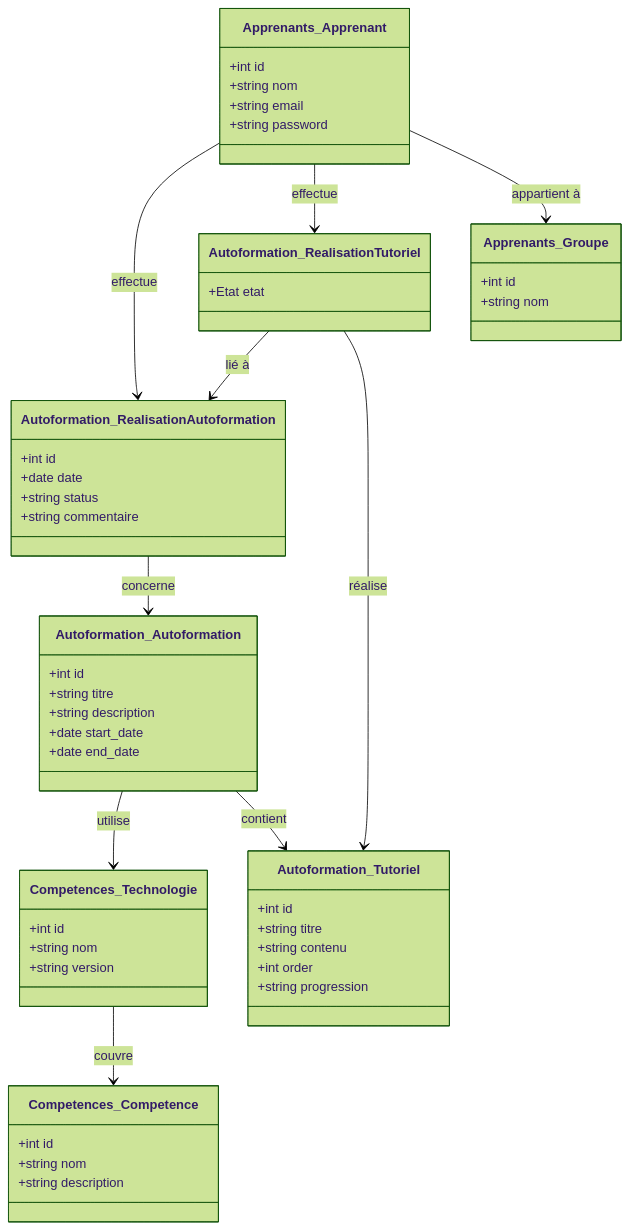
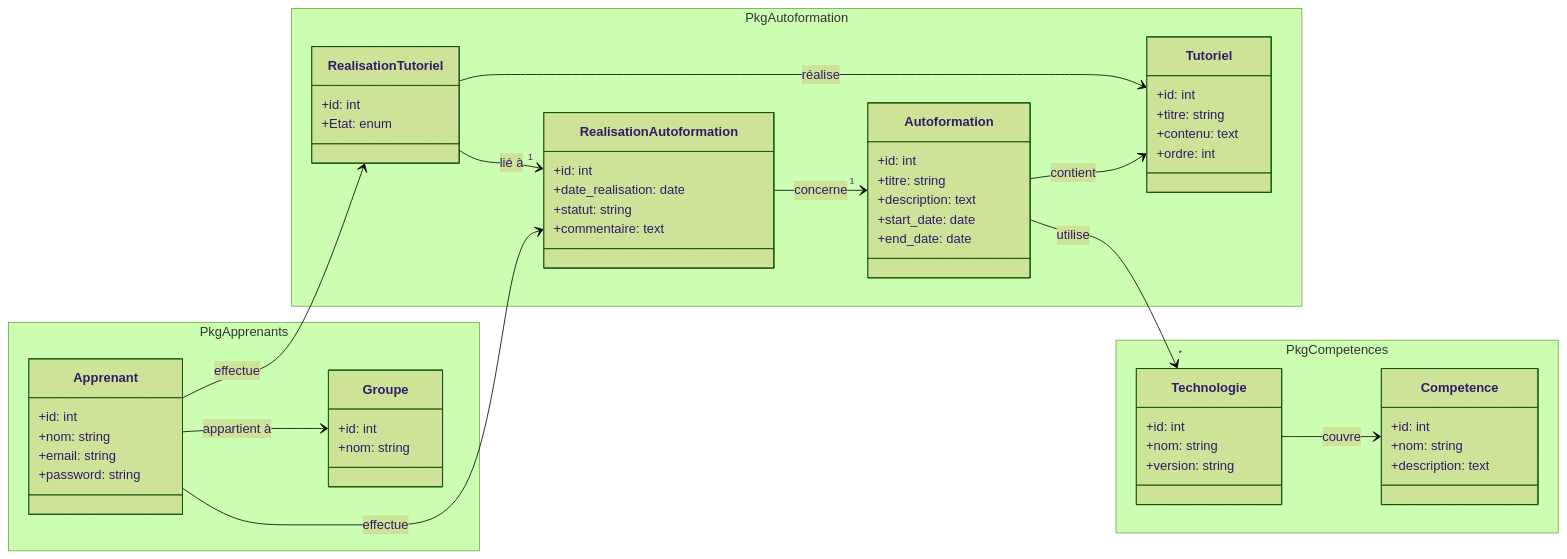
The diagram in Conception/diagramAttr.mmd (AyoubBakali07/UI_UX_Design), drawn with Mermaid (forest theme) before and after one commit. The commit also changed 1 other file, not shown here.

Commit message:
change diagramAttr

```diff
--- a/Conception/diagramAttr.mmd
+++ b/Conception/diagramAttr.mmd
@@ -1,69 +1,75 @@
 classDiagram
+    direction LR
 
-%% === PkgApprenants ===
-class Apprenants_Apprenant {
-  +int id
-  +string nom
-  +string email
-  +string password
-}
+    %% === PkgApprenants ===
+    namespace PkgApprenants {
+        class Apprenant {
+            +id: int
+            +nom: string
+            +email: string
+            +password: string
+        }
 
-class Apprenants_Groupe {
-  +int id
-  +string nom
-}
+        class Groupe {
+            +id: int
+            +nom: string
+        }
+    }
 
-%% === PkgAutoformation ===
-class Autoformation_Autoformation {
-  +int id
-  +string titre
-  +string description
-  +date start_date
-  +date end_date
-}
+    %% === PkgAutoformation ===
+    namespace PkgAutoformation {
+        class Autoformation {
+            +id: int
+            +titre: string
+            +description: text
+            +start_date: date
+            +end_date: date
+        }
 
-class Autoformation_Tutoriel {
-  +int id
-  +string titre
-  +string contenu
-  +int order
-  +string progression
-}
+        class Tutoriel {
+            +id: int
+            +titre: string
+            +contenu: text
+            +ordre: int
+        }
 
-class Autoformation_RealisationAutoformation {
-  +int id
-  +date date
-  +string status
-  +string commentaire
-}
+        class RealisationAutoformation {
+            +id: int
+            +date_realisation: date
+            +statut: string
+            +commentaire: text
+        }
 
-class Autoformation_RealisationTutoriel {
-  +Etat etat
-}
+        class RealisationTutoriel {
+            +id: int
+            +Etat: enum
+        }
+    }
 
-%% === PkgCompetences ===
-class Competences_Technologie {
-  +int id
-  +string nom
-  +string version
-}
+    %% === PkgCompetences ===
+    namespace PkgCompetences {
+        class Competence {
+            +id: int
+            +nom: string
+            +description: text
+        }
 
-class Competences_Competence {
-  +int id
-  +string nom
-  +string description
-}
+        class Technologie {
+            +id: int
+            +nom: string
+            +version: string
+        }
+    }
 
-%% === Relationships ===
-Apprenants_Apprenant --> Autoformation_RealisationAutoformation : effectue
-Apprenants_Apprenant --> Autoformation_RealisationTutoriel : effectue
-Apprenants_Apprenant --> Apprenants_Groupe : appartient à
+    %% === Relationships ===
+    Apprenant --> RealisationAutoformation : effectue
+    Apprenant --> RealisationTutoriel : effectue
+    Apprenant --> Groupe : appartient à
 
-Autoformation_RealisationTutoriel --> Autoformation_RealisationAutoformation : lié à
-Autoformation_RealisationAutoformation --> Autoformation_Autoformation : concerne
+    RealisationTutoriel --> "1" RealisationAutoformation : lié à
+    RealisationAutoformation --> "1" Autoformation : concerne
 
-Autoformation_Autoformation --> Competences_Technologie : utilise
-Competences_Technologie --> Competences_Competence : couvre
-
-Autoformation_Autoformation --> Autoformation_Tutoriel : contient
-Autoformation_RealisationTutoriel --> Autoformation_Tutoriel : réalise
+    Autoformation --> "*" Technologie : utilise
+    Autoformation --> Tutoriel : contient
+    Technologie --> Competence : couvre
+    RealisationTutoriel --> Tutoriel : réalise
```
